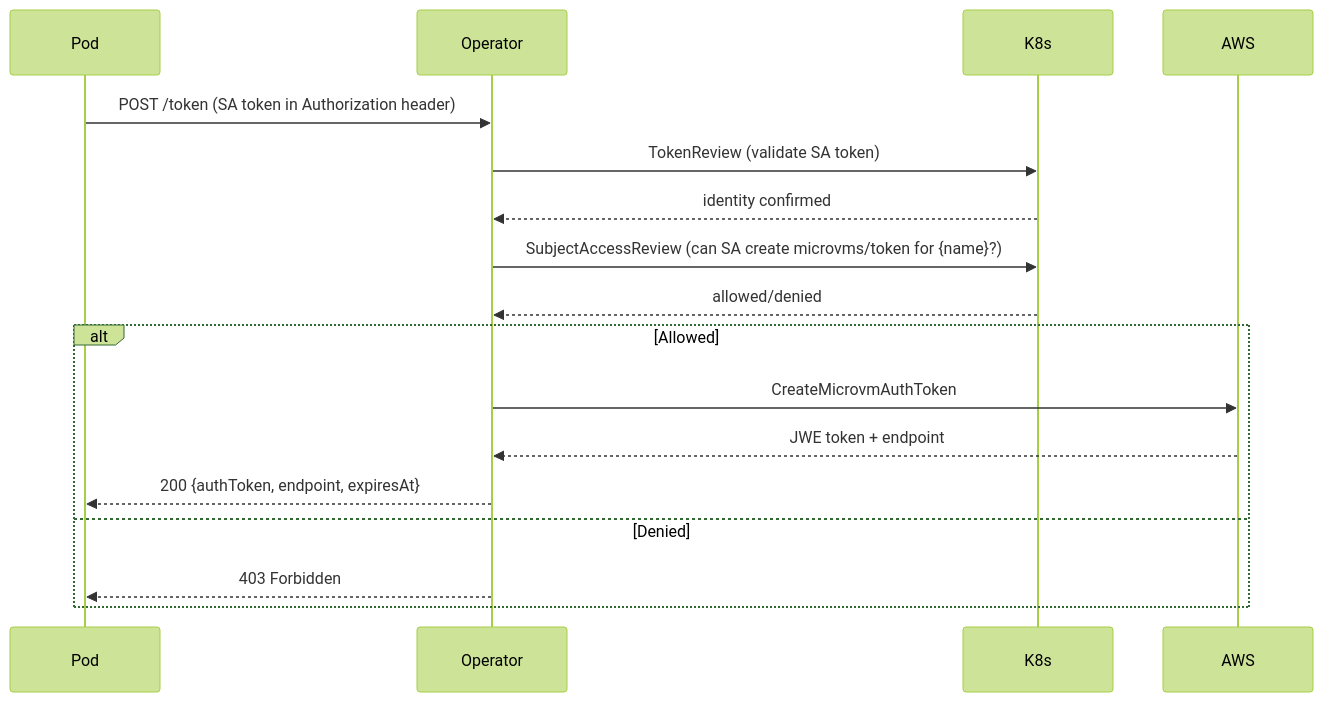
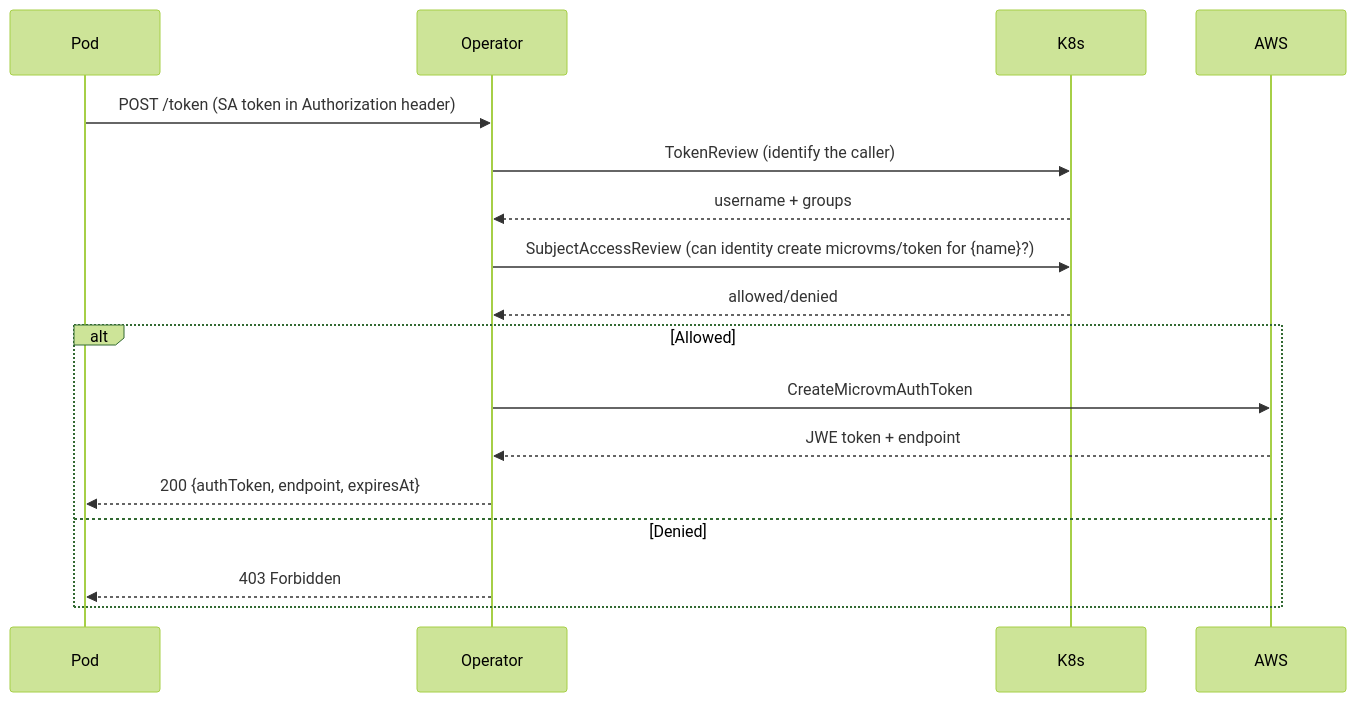
Before and after one commit to codriverlabs/KubeMicroVM: the diagram in .agents/summary/components.md, drawn with Mermaid (forest theme). The commit also changed other lines of this file and 9 other files, not shown here.

````diff
--- a/.agents/summary/components.md
+++ b/.agents/summary/components.md
@@ -33,15 +35,15 @@
 ```mermaid
 sequenceDiagram
     Pod->>Operator: POST /token (SA token in Authorization header)
-    Operator->>K8s: TokenReview (validate SA token)
-    K8s-->>Operator: identity confirmed
-    Operator->>K8s: SubjectAccessReview (can SA create microvms/token for {name}?)
+    Operator->>K8s: TokenReview (identify the caller)
+    K8s-->>Operator: username + groups
+    Operator->>K8s: SubjectAccessReview (can identity create microvms/token for {name}?)
     K8s-->>Operator: allowed/denied
     alt Allowed
         Operator->>AWS: CreateMicrovmAuthToken
         AWS-->>Operator: JWE token + endpoint
         Operator-->>Pod: 200 {authToken, endpoint, expiresAt}
     else Denied
         Operator-->>Pod: 403 Forbidden
     end
 ```
````
